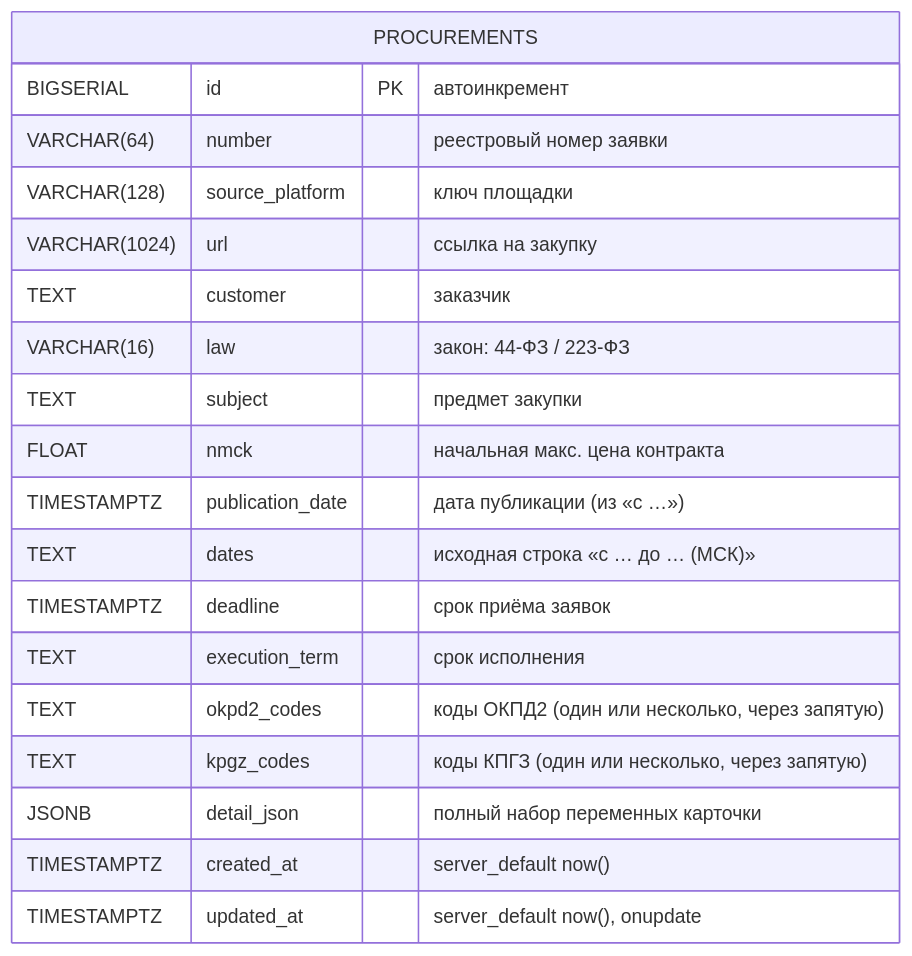
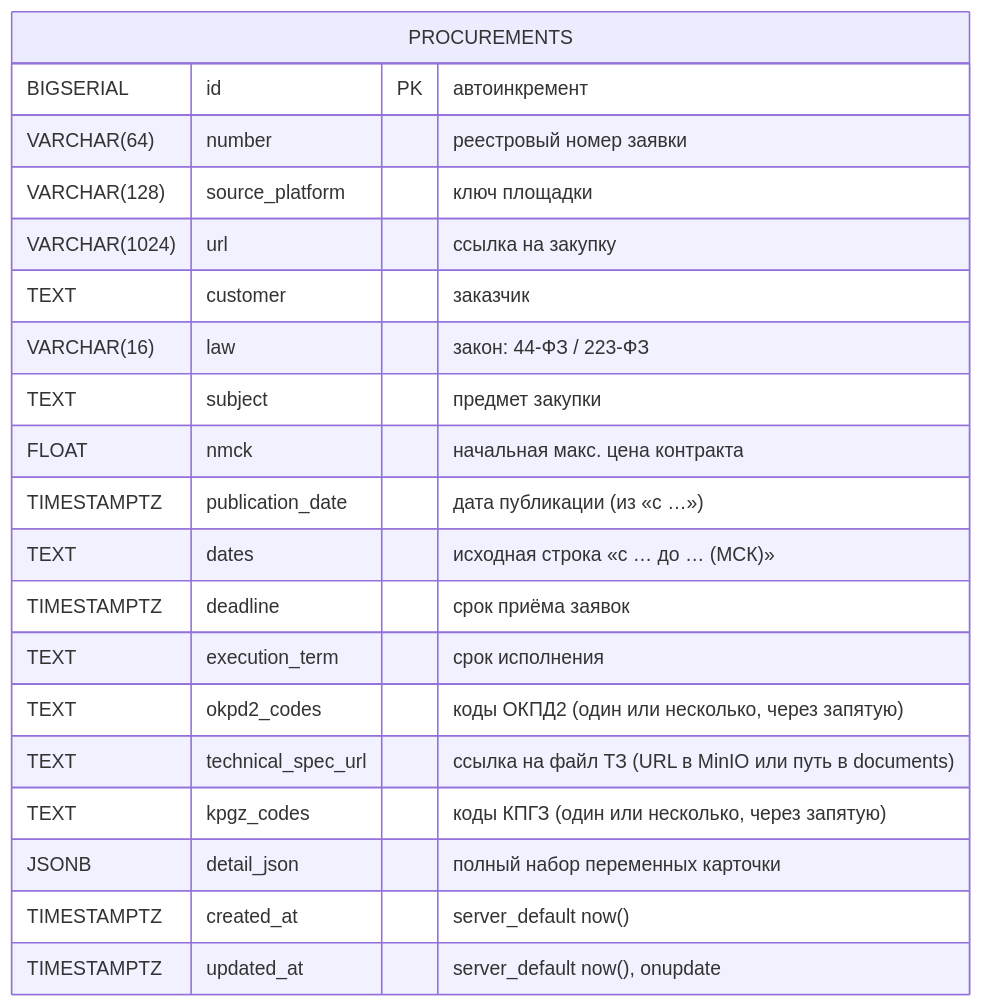
Before and after one commit to igorvolk1961/zakupki_parser: the diagram in docs/c4/db-schema.md, drawn with Mermaid. The commit also changed 16 other files, not shown here.

First line of the commit message:
feat: хранилище файлов ТЗ в MinIO (S3), в БД — URL вместо бинарника

````diff
--- a/docs/c4/db-schema.md
+++ b/docs/c4/db-schema.md
@@ -6,26 +6,27 @@
 ```mermaid
 erDiagram
     PROCUREMENTS {
         BIGSERIAL id PK "автоинкремент"
         VARCHAR(64) number "реестровый номер заявки"
         VARCHAR(128) source_platform "ключ площадки"
         VARCHAR(1024) url "ссылка на закупку"
         TEXT customer "заказчик"
         VARCHAR(16) law "закон: 44-ФЗ / 223-ФЗ"
         TEXT subject "предмет закупки"
         FLOAT nmck "начальная макс. цена контракта"
         TIMESTAMPTZ publication_date "дата публикации (из «с …»)"
         TEXT dates "исходная строка «с … до … (МСК)»"
         TIMESTAMPTZ deadline "срок приёма заявок"
         TEXT execution_term "срок исполнения"
         TEXT okpd2_codes "коды ОКПД2 (один или несколько, через запятую)"
+        TEXT technical_spec_url "ссылка на файл ТЗ (URL в MinIO или путь в documents)"
         TEXT kpgz_codes "коды КПГЗ (один или несколько, через запятую)"
         JSONB detail_json "полный набор переменных карточки"
         TIMESTAMPTZ created_at "server_default now()"
         TIMESTAMPTZ updated_at "server_default now(), onupdate"
     }
 
     %% Схема имеет одну таблицу. Дата последней обработанной записи
     %% НЕ хранится в БД — она получается SQL-запросом, а порог по умолчанию
     %% хранится в state-файле data/last_seen.json и конфиге config_service.yaml.
 ```
````
